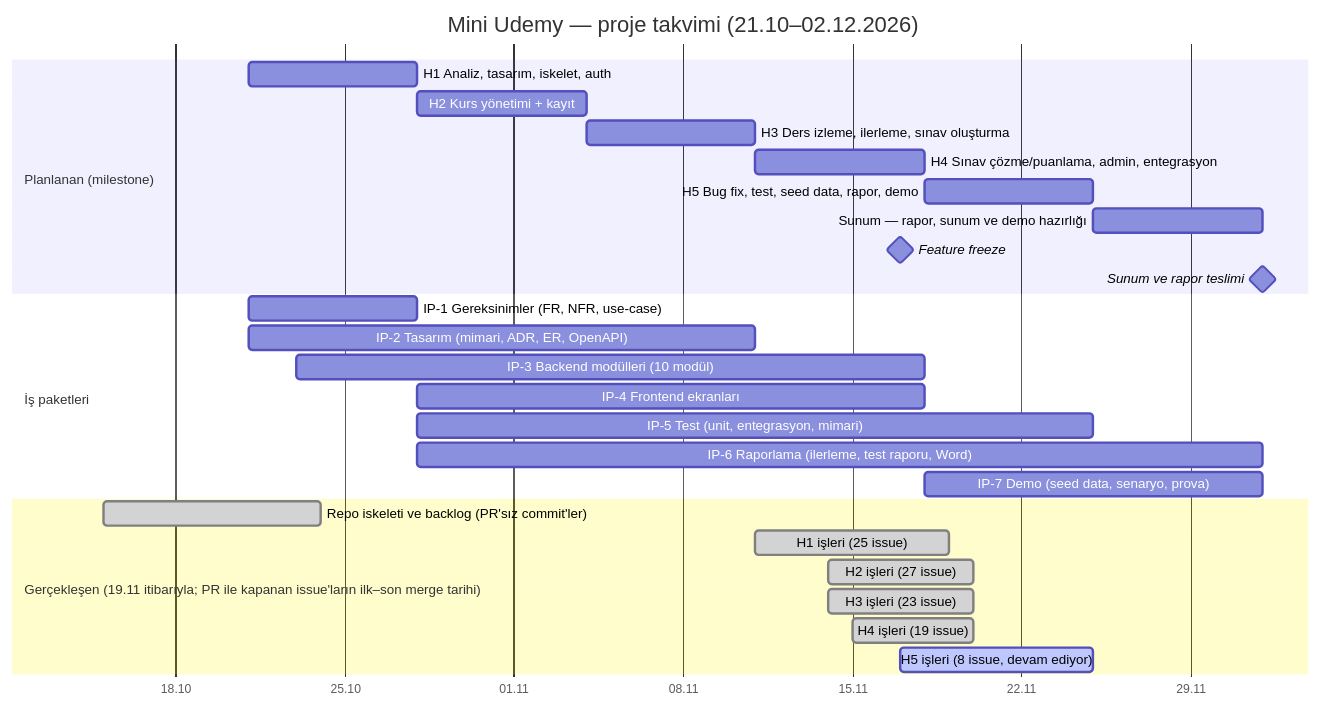
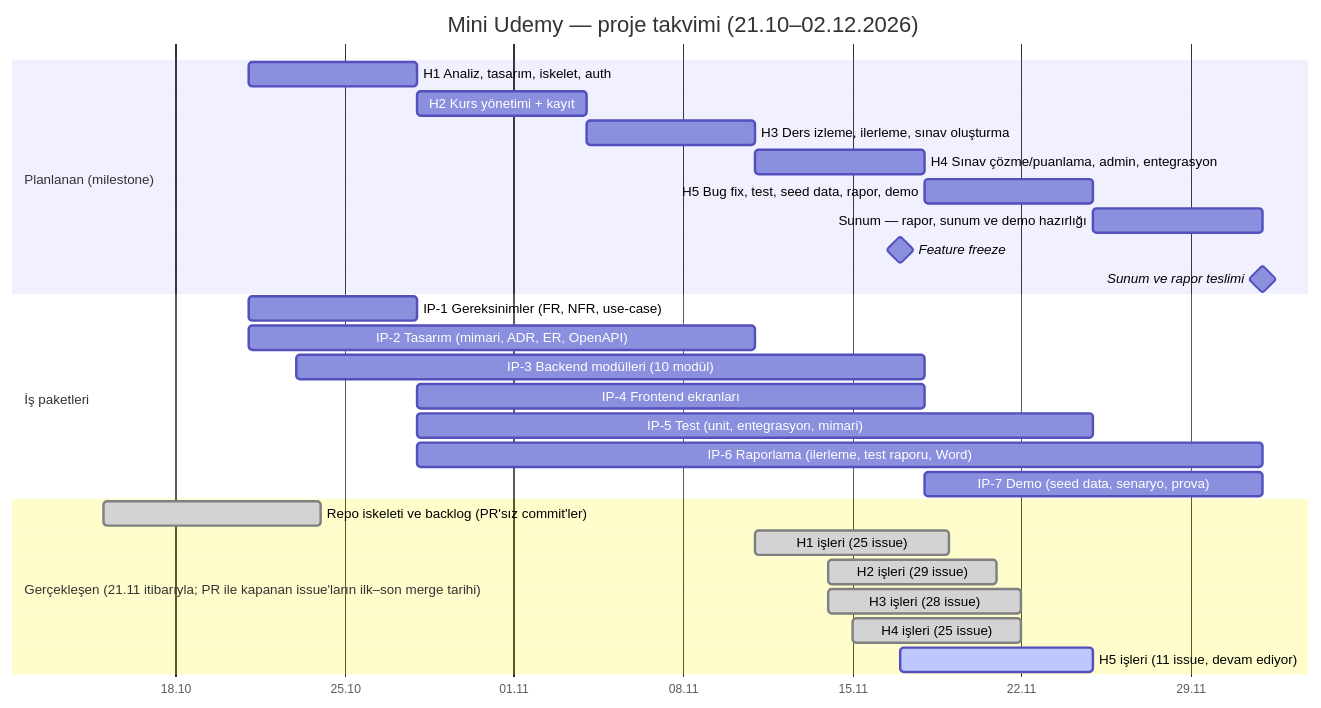
One commit to Bertanokt/mini-udemy changed the diagram in docs/plan.md. Above: the diagram before and after it, drawn with Mermaid. The commit also changed other lines of this file and 2 other files, not shown here.

````diff
--- a/docs/plan.md
+++ b/docs/plan.md
@@ -19,33 +19,33 @@
 ```mermaid
 gantt
     title Mini Udemy — proje takvimi (21.10–02.12.2026)
     dateFormat  YYYY-MM-DD
     axisFormat  %d.%m
 
     section Planlanan (milestone)
     H1 Analiz, tasarım, iskelet, auth            :h1, 2026-10-21, 2026-10-28
     H2 Kurs yönetimi + kayıt                      :h2, 2026-10-28, 2026-11-04
     H3 Ders izleme, ilerleme, sınav oluşturma     :h3, 2026-11-04, 2026-11-11
     H4 Sınav çözme/puanlama, admin, entegrasyon   :h4, 2026-11-11, 2026-11-18
     H5 Bug fix, test, seed data, rapor, demo      :h5, 2026-11-18, 2026-11-25
     Sunum — rapor, sunum ve demo hazırlığı        :s1, 2026-11-25, 2026-12-02
     Feature freeze                                :milestone, ff, 2026-11-17, 0d
     Sunum ve rapor teslimi                        :milestone, t1, 2026-12-02, 0d
 
     section İş paketleri
     IP-1 Gereksinimler (FR, NFR, use-case)        :ip1, 2026-10-21, 2026-10-28
     IP-2 Tasarım (mimari, ADR, ER, OpenAPI)       :ip2, 2026-10-21, 2026-11-11
     IP-3 Backend modülleri (10 modül)             :ip3, 2026-10-23, 2026-11-18
     IP-4 Frontend ekranları                       :ip4, 2026-10-28, 2026-11-18
     IP-5 Test (unit, entegrasyon, mimari)         :ip5, 2026-10-28, 2026-11-25
     IP-6 Raporlama (ilerleme, test raporu, Word)  :ip6, 2026-10-28, 2026-12-02
     IP-7 Demo (seed data, senaryo, prova)         :ip7, 2026-11-18, 2026-12-02
 
-    section Gerçekleşen (19.11 itibarıyla; PR ile kapanan issue'ların ilk–son merge tarihi)
+    section Gerçekleşen (21.11 itibarıyla; PR ile kapanan issue'ların ilk–son merge tarihi)
     Repo iskeleti ve backlog (PR'sız commit'ler)  :done, g0, 2026-10-15, 2026-10-24
     H1 işleri (25 issue)                          :done, g1, 2026-11-11, 2026-11-19
-    H2 işleri (27 issue)                          :done, g2, 2026-11-14, 2026-11-20
-    H3 işleri (23 issue)                          :done, g3, 2026-11-14, 2026-11-20
-    H4 işleri (19 issue)                          :done, g4, 2026-11-15, 2026-11-20
-    H5 işleri (8 issue, devam ediyor)             :active, g5, 2026-11-17, 2026-11-25
+    H2 işleri (29 issue)                          :done, g2, 2026-11-14, 2026-11-21
+    H3 işleri (28 issue)                          :done, g3, 2026-11-14, 2026-11-22
+    H4 işleri (25 issue)                          :done, g4, 2026-11-15, 2026-11-22
+    H5 işleri (11 issue, devam ediyor)            :active, g5, 2026-11-17, 2026-11-25
 ```
````
